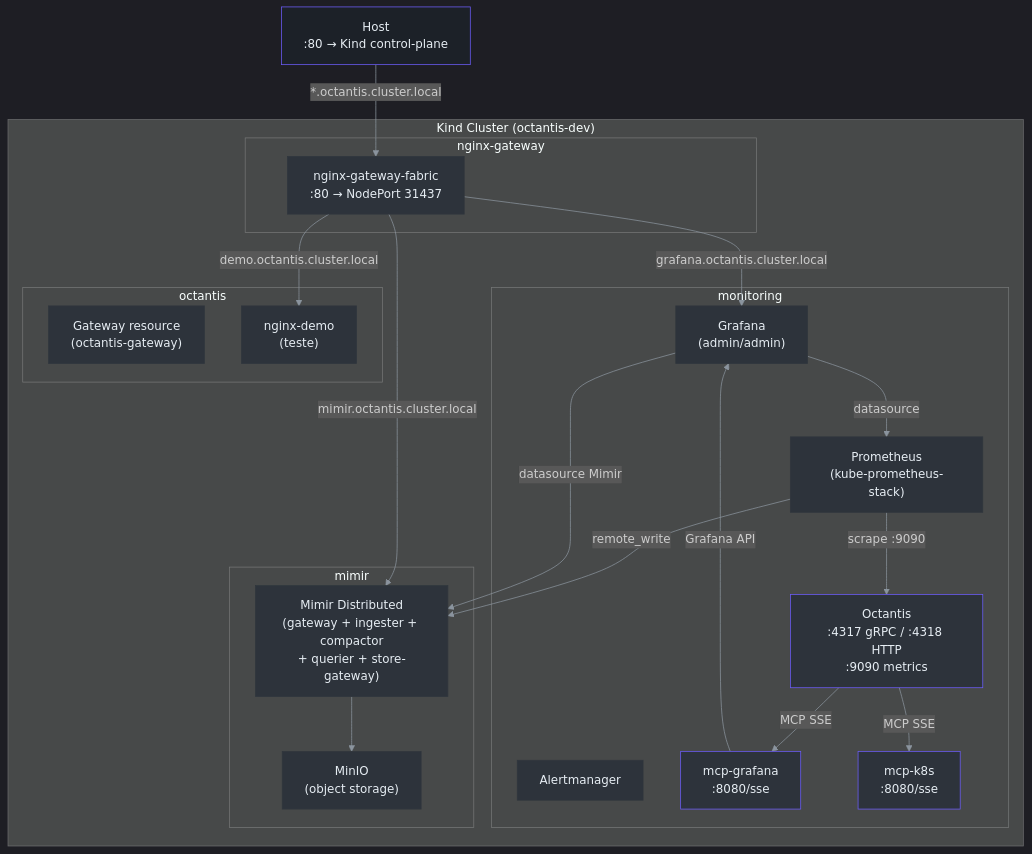
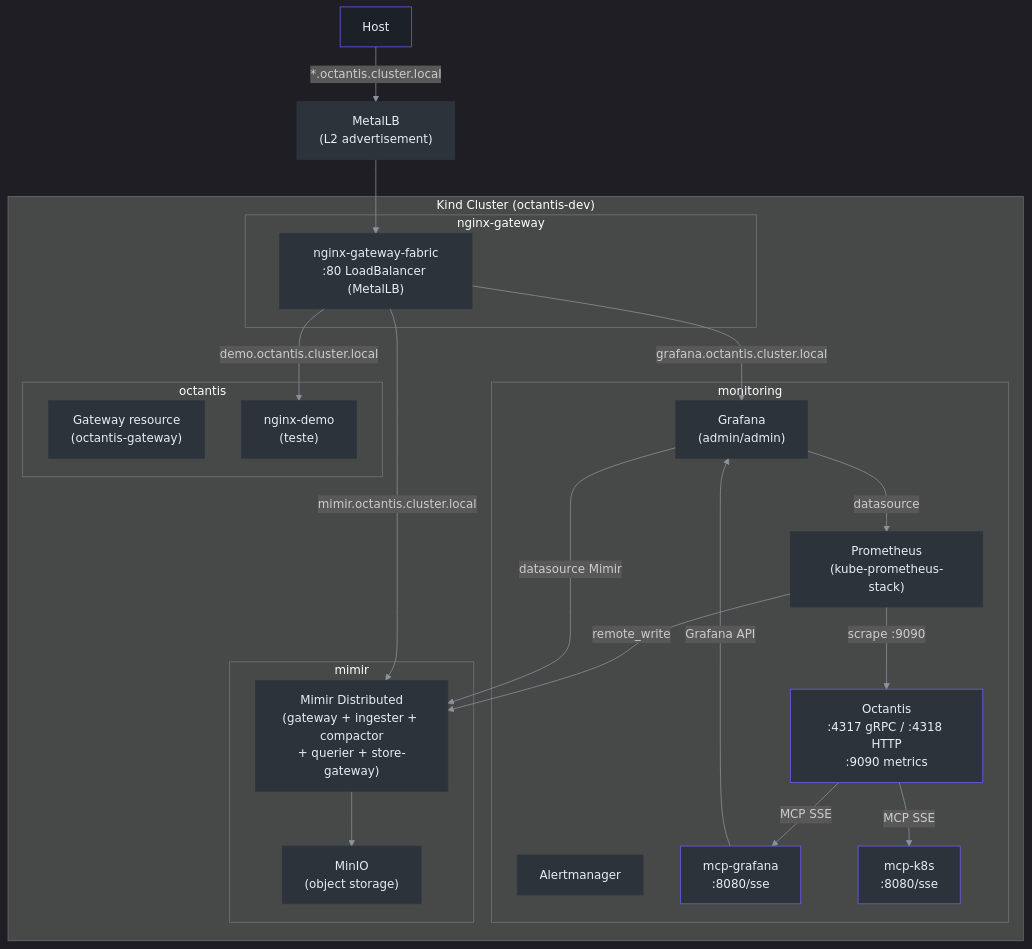
The diagram in dev/README.md (Vinny1892/octantis), drawn with Mermaid before and after one commit. The commit also changed other lines of this file and 5 other files, not shown here.

First line of the commit message:
feat: replace NodePort with MetalLB for proper LoadBalancer in Kind

````diff
--- a/dev/README.md
+++ b/dev/README.md
@@ -39,48 +39,50 @@
 ```mermaid
 %%{init: {"theme": "dark", "themeVariables": {"primaryColor": "#2d333b", "primaryBorderColor": "#6d5dfc", "primaryTextColor": "#e6edf3", "lineColor": "#8b949e", "secondaryColor": "#161b22"}}}%%
 flowchart TD
     subgraph kind["Kind Cluster (octantis-dev)"]
         subgraph ngw["nginx-gateway"]
-            GW["nginx-gateway-fabric\n:80 → NodePort 31437"]:::infra
+            GW["nginx-gateway-fabric\n:80 LoadBalancer (MetalLB)"]:::infra
         end
 
         subgraph mon["monitoring"]
             PROM["Prometheus\n(kube-prometheus-stack)"]:::infra
             GRAF["Grafana\n(admin/admin)"]:::infra
             AM["Alertmanager"]:::infra
             MCP["mcp-grafana\n:8080/sse"]:::app
             MCPK8S["mcp-k8s\n:8080/sse"]:::app
             OCT["Octantis\n:4317 gRPC / :4318 HTTP\n:9090 metrics"]:::app
         end
 
         subgraph mir["mimir"]
             MIMIR["Mimir Distributed\n(gateway + ingester + compactor\n+ querier + store-gateway)"]:::infra
             MINIO["MinIO\n(object storage)"]:::infra
         end
 
         subgraph oct["octantis"]
             GWRES["Gateway resource\n(octantis-gateway)"]:::infra
             DEMO["nginx-demo\n(teste)"]:::infra
         end
     end
 
-    HOST["Host\n:80 → Kind control-plane"]:::ext
+    HOST["Host"]:::ext
+    MLB["MetalLB\n(L2 advertisement)"]:::infra
 
-    HOST -->|"*.octantis.cluster.local"| GW
+    HOST -->|"*.octantis.cluster.local"| MLB
+    MLB --> GW
     GW -->|"grafana.octantis.cluster.local"| GRAF
     GW -->|"mimir.octantis.cluster.local"| MIMIR
     GW -->|"demo.octantis.cluster.local"| DEMO
 
     PROM -->|"remote_write"| MIMIR
     MIMIR --> MINIO
     GRAF -->|"datasource"| PROM
     GRAF -->|"datasource Mimir"| MIMIR
     MCP -->|"Grafana API"| GRAF
     OCT -->|"MCP SSE"| MCP
     OCT -->|"MCP SSE"| MCPK8S
     PROM -->|"scrape :9090"| OCT
 
     classDef ext fill:#1c2128,stroke:#6d5dfc,color:#e6edf3
     classDef infra fill:#2d333b,stroke:#30363d,color:#e6edf3
     classDef app fill:#2d333b,stroke:#6d5dfc,color:#e6edf3
 ```
````
